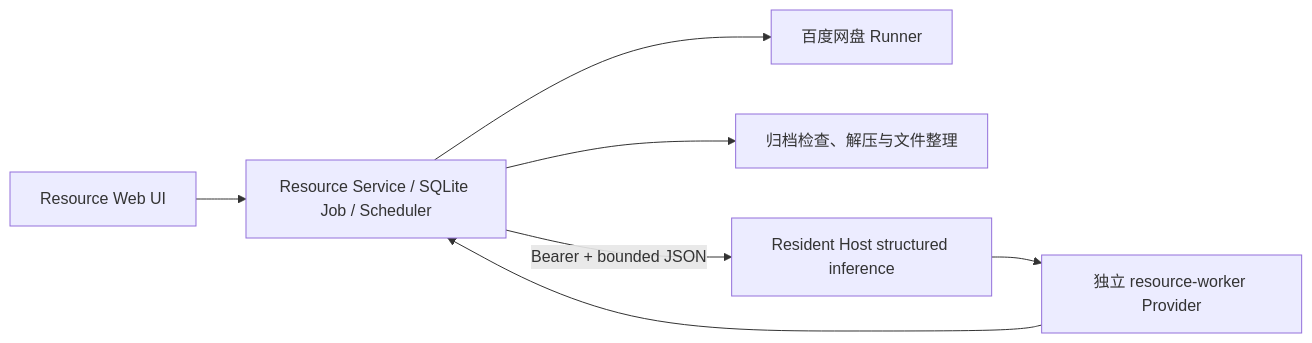
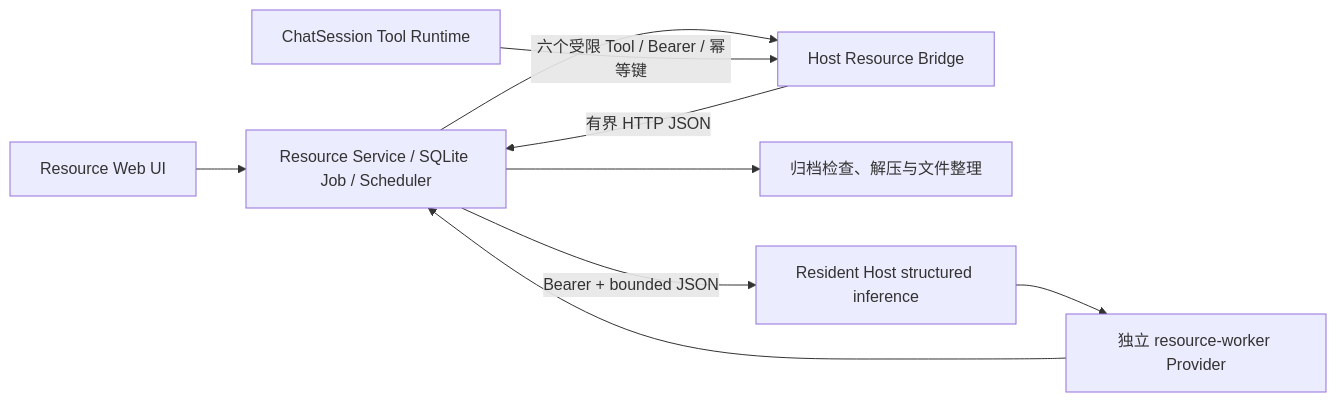
One commit to Winc159/Isla changed the second of 4 diagrams in docs/architecture.md. Above: the diagram before and after it, drawn with Mermaid. The commit also changed other lines of this file and 21 other files, not shown here.

Commit message:
feat: isla v0.6.0 resource job bridge

````diff
--- a/docs/architecture.md
+++ b/docs/architecture.md
@@ -37,9 +37,11 @@
 ```mermaid
 flowchart LR
   UI["Resource Web UI"] --> R["Resource Service / SQLite Job / Scheduler"]
   R --> B["百度网盘 Runner"]
   R --> F["归档检查、解压与文件整理"]
   R -->|"Bearer + bounded JSON"| H["Resident Host structured inference"]
   H --> W["独立 resource-worker Provider"]
   W --> R
+  S["ChatSession Tool Runtime"] -->|"六个受限 Tool / Bearer / 幂等键"| B["Host Resource Bridge"]
+  B -->|"有界 HTTP JSON"| R
 ```
````
